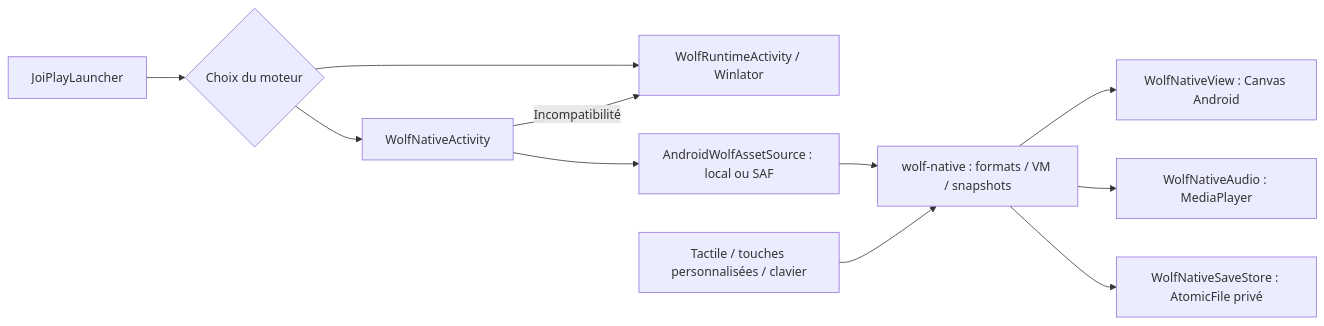
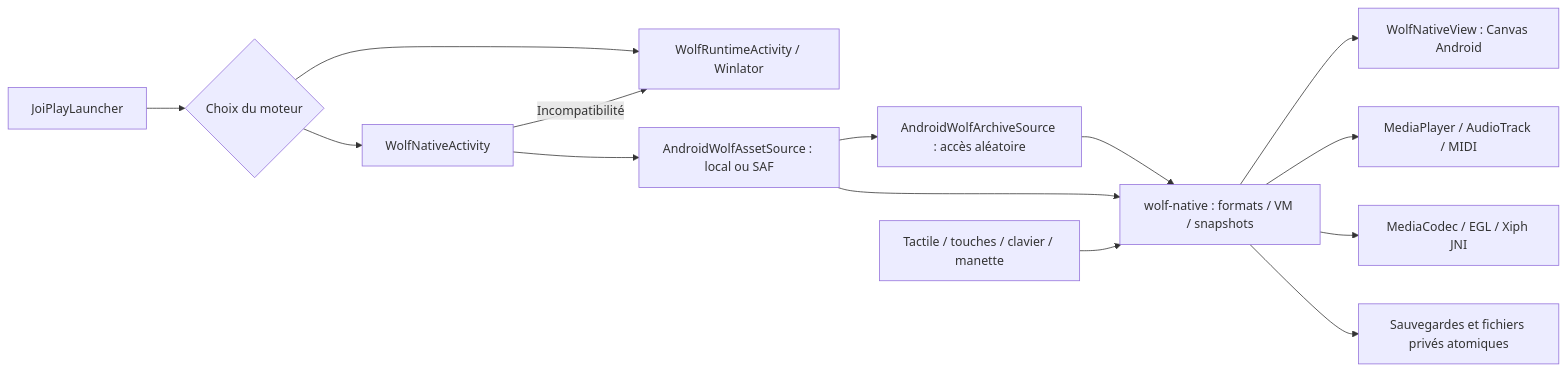
The diagram in docs/wolf-native/IMPLEMENTATION.md (azksama/AstraGames), drawn with Mermaid before and after one commit. The commit also changed other lines of this file and 444 other files, not shown here.

Commit message:
Extend Wolf native runtime and qualify Android media for beta.15

````diff
--- a/docs/wolf-native/IMPLEMENTATION.md
+++ b/docs/wolf-native/IMPLEMENTATION.md
@@ -17,13 +17,16 @@
 ```mermaid
 flowchart LR
     Launcher[JoiPlayLauncher] --> Choice{Choix du moteur}
     Choice --> Host[WolfNativeActivity]
     Choice --> Wine[WolfRuntimeActivity / Winlator]
     Host --> Source[AndroidWolfAssetSource : local ou SAF]
-    Source --> Core[wolf-native : formats / VM / snapshots]
+    Source --> Archive[AndroidWolfArchiveSource : accès aléatoire]
+    Archive --> Core[wolf-native : formats / VM / snapshots]
+    Source --> Core
     Core --> View[WolfNativeView : Canvas Android]
-    Core --> Audio[WolfNativeAudio : MediaPlayer]
-    Core --> Saves[WolfNativeSaveStore : AtomicFile privé]
-    Input[Tactile / touches personnalisées / clavier] --> Core
+    Core --> Audio[MediaPlayer / AudioTrack / MIDI]
+    Core --> Video[MediaCodec / EGL / Xiph JNI]
+    Core --> Saves[Sauvegardes et fichiers privés atomiques]
+    Input[Tactile / touches / clavier / manette] --> Core
     Host -->|Incompatibilité| Wine
 ```
````
